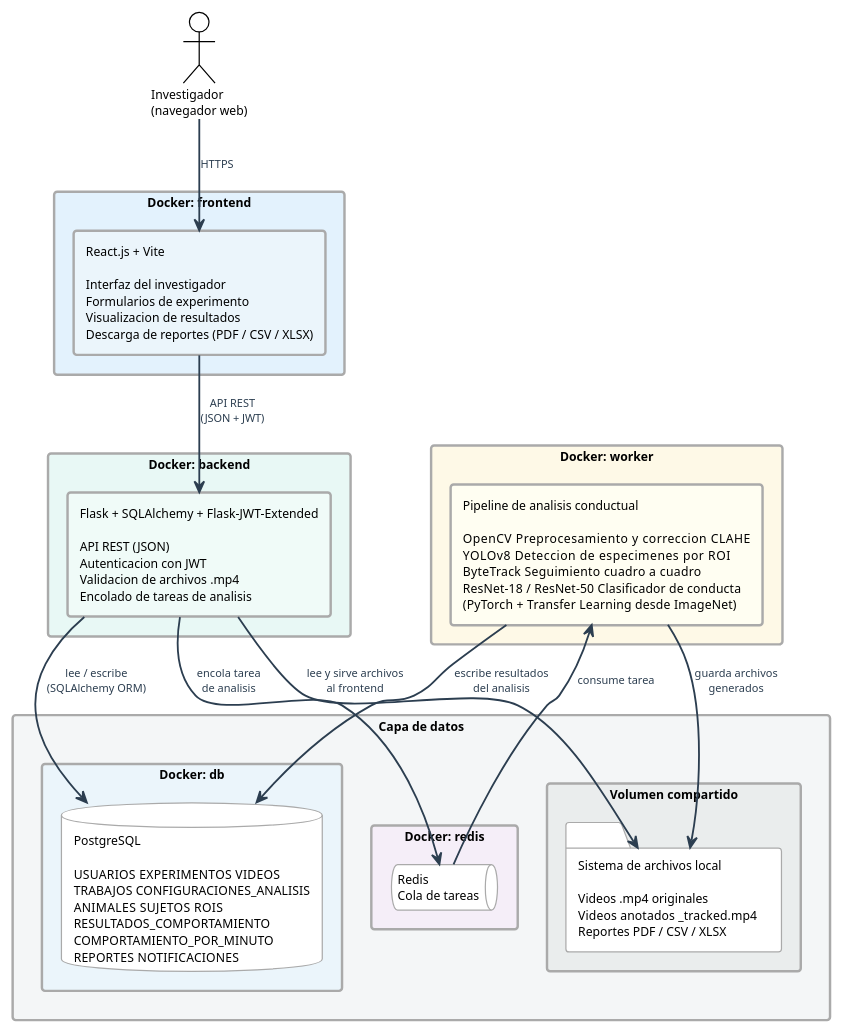
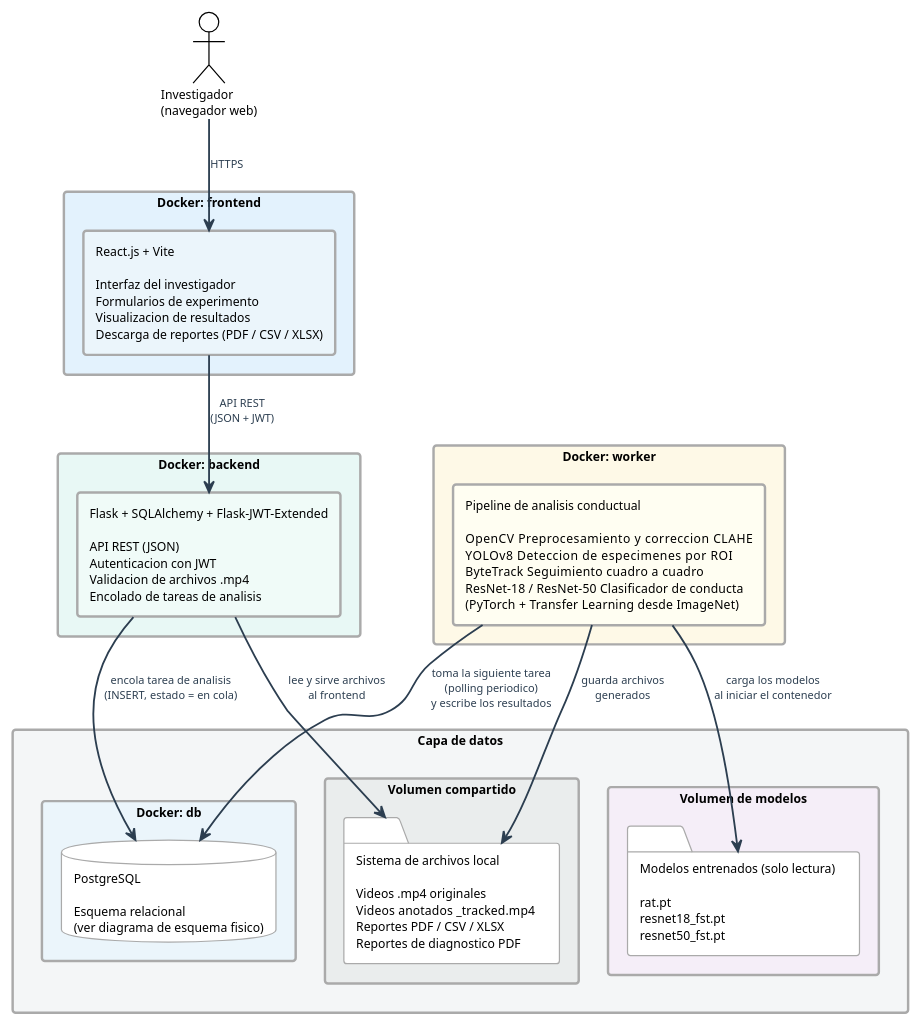
Before and after one commit to ErickJester/fst-ai-system-latex: the diagram in diagramas/arquitectura_software.puml, drawn with PlantUML. The commit also changed 17 other files, not shown here.

```diff
--- a/diagramas/arquitectura_software.puml
+++ b/diagramas/arquitectura_software.puml
@@ -1,87 +1,116 @@
 @startuml arquitectura_software
 ' ============================================================
 '  Arquitectura de software por capas — FST
 '  TT 2026-B066 | ESCOM-IPN
+' ------------------------------------------------------------
+'  Corrige dos cosas desactualizadas del diagrama viejo, con
+'  fuente en chapters/05_diseno.tex:26-49 (Arquitectura general):
+'
+'  - Quita el contenedor Redis y la cola de mensajes. El texto
+'    dice "tres capas... frontend, backend y base de datos. Un
+'    cuarto contenedor -el worker-" -- CUATRO contenedores, nunca
+'    cinco, y Redis no aparece en NINGUN capitulo (se buscó en los
+'    ocho .tex). El mecanismo real, confirmado también en CU-07
+'    (05_diseno.tex:1452) y en la tabla de trabajos (05_diseno.tex:
+'    1276), es polling: el backend inserta la tarea en la tabla de
+'    analisis con estado "en cola" (D-15) y el Worker la toma en su
+'    siguiente ciclo de polling -- sin cola de mensajes aparte.
+'
+'  - Agrega el volumen de modelos entrenados, que el diagrama viejo
+'    no tenia: "los modelos rat.pt, resnet18_fst.pt y resnet50_fst.pt
+'    residen en un volumen Docker dedicado que el worker monta al
+'    arrancar el contenedor" (05_diseno.tex:47-49) -- distinto del
+'    volumen compartido de videos/reportes, y de solo lectura para
+'    el Worker.
+'
+'  - Quita la lista de las 12 tablas viejas (USUARIOS, EXPERIMENTOS,
+'    TRABAJOS, ANIMALES, SUJETOS, ROIS...) del contenedor de base de
+'    datos -- ya no existen (ver MIGRACION-DIAGRAMAS.md SS2). Se
+'    remite al diagrama de esquema físico en vez de repetir aquí las
+'    16 relaciones del modelo nuevo, para no duplicar mantenimiento
+'    entre dos diagramas.
+'
+'  Generar:
+'      java -jar plantuml.jar -tpng diagramas/arquitectura_software.puml
 ' ============================================================
 
 !theme plain
 skinparam defaultFontName Arial
 skinparam defaultFontSize 10
 skinparam shadowing false
 skinparam BackgroundColor White
 skinparam ArrowColor      #2C3E50
 skinparam ArrowThickness  1.5
 skinparam ArrowFontSize   9
 skinparam ArrowFontColor  #2C3E50
 skinparam RectangleBorderThickness 2
 skinparam RectangleBorderColor     #AAAAAA
 skinparam QueueBorderColor         #AAAAAA
 skinparam DatabaseBorderColor      #AAAAAA
 skinparam FolderBorderColor        #AAAAAA
 
 top to bottom direction
 
 ' ═══════════════════════════════════════════════════════════
 '  ACTOR
 ' ═══════════════════════════════════════════════════════════
 
 actor "Investigador\n(navegador web)" as INV
 
 ' ═══════════════════════════════════════════════════════════
 '  CAPA 1 — Presentacion
 ' ═══════════════════════════════════════════════════════════
 
 rectangle "Docker: frontend" as C_FE #E3F2FD {
   rectangle "React.js + Vite\n\nInterfaz del investigador\nFormularios de experimento\nVisualizacion de resultados\nDescarga de reportes (PDF / CSV / XLSX)" as FE #EBF5FB
 }
 
 ' ═══════════════════════════════════════════════════════════
 '  CAPA 2 — Logica de negocio
 ' ═══════════════════════════════════════════════════════════
 
 rectangle "Docker: backend" as C_BE #E8F8F5 {
   rectangle "Flask + SQLAlchemy + Flask-JWT-Extended\n\nAPI REST (JSON)\nAutenticacion con JWT\nValidacion de archivos .mp4\nEncolado de tareas de analisis" as BE #F0FBF8
 }
 
 ' ═══════════════════════════════════════════════════════════
 '  CAPA 3 — Procesamiento asincrono
 ' ═══════════════════════════════════════════════════════════
 
 rectangle "Docker: worker" as C_WK #FEF9E7 {
   rectangle "Pipeline de analisis conductual\n\nOpenCV       Preprocesamiento y correccion CLAHE\nYOLOv8       Deteccion de especimenes por ROI\nByteTrack    Seguimiento cuadro a cuadro\nResNet-18 / ResNet-50   Clasificador de conducta\n(PyTorch  +  Transfer Learning desde ImageNet)" as WK #FFFEF2
 }
 
 ' ═══════════════════════════════════════════════════════════
-'  CAPA 4 — Datos (Redis · PostgreSQL · Archivos)
+'  CAPA 4 — Datos (PostgreSQL · Archivos · Modelos entrenados)
 ' ═══════════════════════════════════════════════════════════
 
 rectangle "Capa de datos" as DATOS #F4F6F7 {
 
-  rectangle "Docker: redis" as C_RD #F5EEF8 {
-    queue "Redis\nCola de tareas" as RD
-  }
-
   rectangle "Docker: db" as C_DB #EBF5FB {
-    database "PostgreSQL\n\nUSUARIOS  EXPERIMENTOS  VIDEOS\nTRABAJOS  CONFIGURACIONES_ANALISIS\nANIMALES  SUJETOS  ROIS\nRESULTADOS_COMPORTAMIENTO\nCOMPORTAMIENTO_POR_MINUTO\nREPORTES  NOTIFICACIONES" as DB
+    database "PostgreSQL\n\nEsquema relacional\n(ver diagrama de esquema fisico)" as DB
   }
 
   rectangle "Volumen compartido" as C_FS #EAEDED {
-    folder "Sistema de archivos local\n\nVideos .mp4 originales\nVideos anotados  _tracked.mp4\nReportes PDF / CSV / XLSX" as FS
+    folder "Sistema de archivos local\n\nVideos .mp4 originales\nVideos anotados  _tracked.mp4\nReportes PDF / CSV / XLSX\nReportes de diagnostico PDF" as FS
+  }
+
+  rectangle "Volumen de modelos" as C_MD #F5EEF8 {
+    folder "Modelos entrenados (solo lectura)\n\nrat.pt\nresnet18_fst.pt\nresnet50_fst.pt" as MD
   }
 
 }
 
 ' ═══════════════════════════════════════════════════════════
 '  RELACIONES
 ' ═══════════════════════════════════════════════════════════
 
 INV  -down->  FE  : "HTTPS"
 FE   -down->  BE  : "API REST\n(JSON + JWT)"
-BE   -down->  RD  : "encola tarea\nde analisis"
-RD   -down->  WK  : "consume tarea"
-BE   -->      DB  : "lee / escribe\n(SQLAlchemy ORM)"
-WK   -->      DB  : "escribe resultados\ndel analisis"
+BE   -down->  DB  : "encola tarea de analisis\n(INSERT, estado = en cola)"
+WK   -->      DB  : "toma la siguiente tarea\n(polling periodico)\ny escribe los resultados"
 WK   -->      FS  : "guarda archivos\ngenerados"
 BE   -->      FS  : "lee y sirve archivos\nal frontend"
+WK   -->      MD  : "carga los modelos\nal iniciar el contenedor"
 
 @enduml
```
